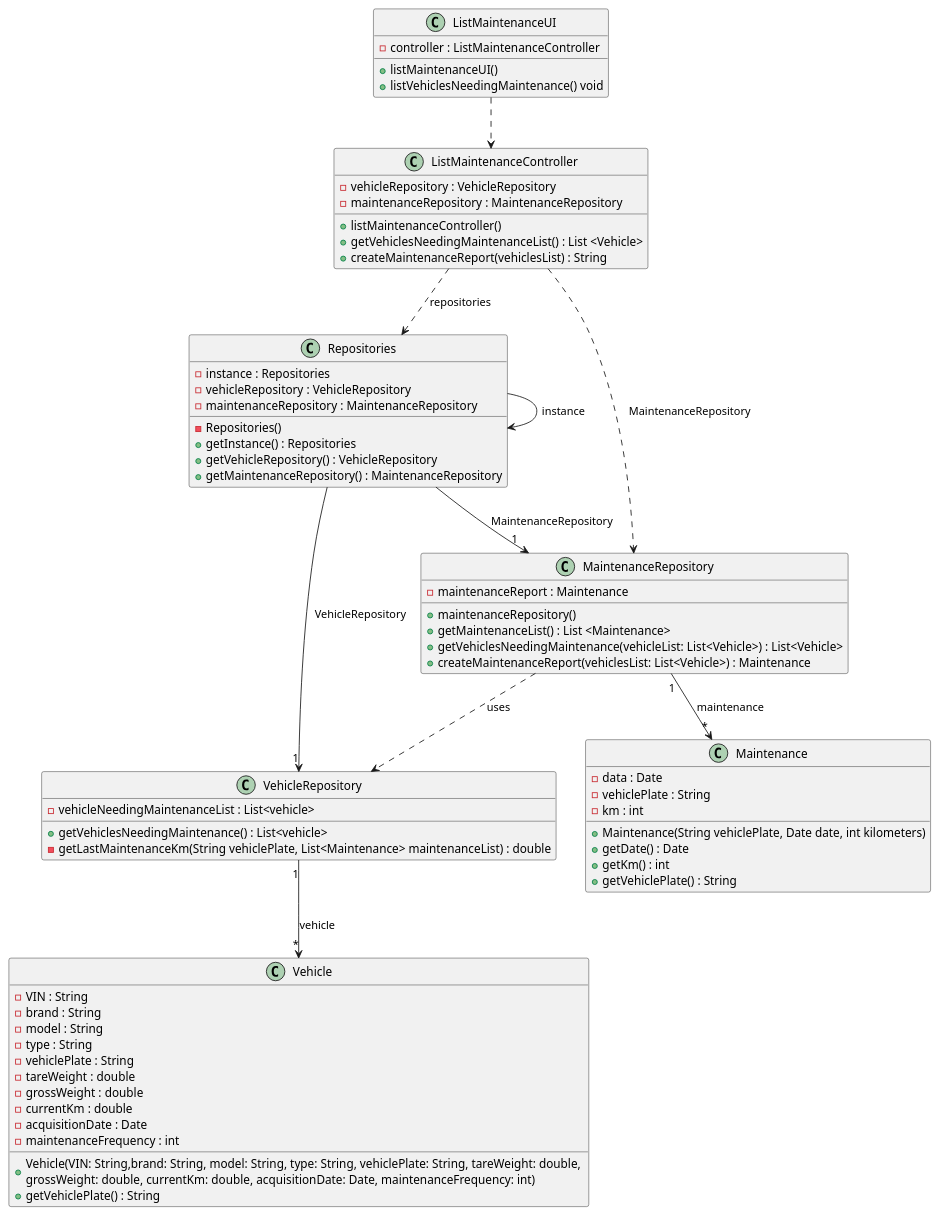
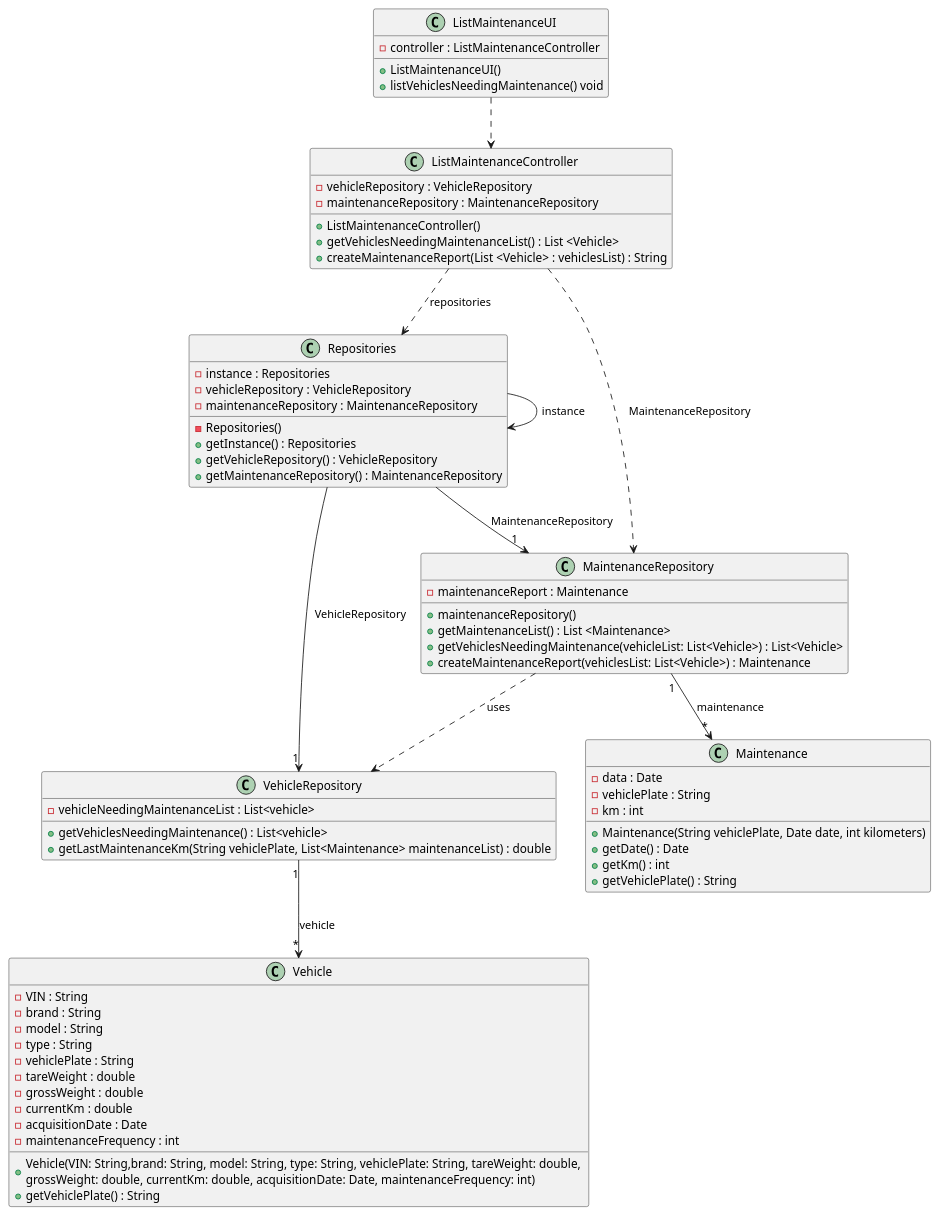
Before and after one commit to ricardomm7/leaflink: the diagram in docs/sprintB/us008/03.design/puml/us008-class-diagram.puml, drawn with PlantUML. The commit also changed 8 other files, not shown here.

Commit message:
Refactor RegisterVehicleUI to improve initialization and encapsulation; Update class diagrams and main application flow; Implement Runnable in CreateTeamUI for consistency with other UI classes; Clean up Main and menu UI classes.

```diff
--- a/docs/sprintB/us008/03.design/puml/us008-class-diagram.puml
+++ b/docs/sprintB/us008/03.design/puml/us008-class-diagram.puml
@@ -1,95 +1,95 @@
 @startuml
 skinparam packageStyle rectangle
 skinparam shadowing false
 skinparam line type polyline
 
 class ListMaintenanceUI{
     - controller : ListMaintenanceController
-    + listMaintenanceUI()
+    + ListMaintenanceUI()
     + listVehiclesNeedingMaintenance() void
 }
 
 class ListMaintenanceController {
     - vehicleRepository : VehicleRepository
     - maintenanceRepository : MaintenanceRepository
 
-    + listMaintenanceController()
+    + ListMaintenanceController()
     + getVehiclesNeedingMaintenanceList() : List <Vehicle>
-    + createMaintenanceReport(vehiclesList) : String
+    + createMaintenanceReport(List <Vehicle> : vehiclesList) : String
 }
 
 class Repositories {
         - instance : Repositories
         - vehicleRepository : VehicleRepository
         - maintenanceRepository : MaintenanceRepository
 
         - Repositories()
         + getInstance() : Repositories
         + getVehicleRepository() : VehicleRepository
         + getMaintenanceRepository() : MaintenanceRepository
 }
 
 class VehicleRepository {
     - vehicleNeedingMaintenanceList : List<vehicle>
 
     + getVehiclesNeedingMaintenance() : List<vehicle>
-    - getLastMaintenanceKm(String vehiclePlate, List<Maintenance> maintenanceList) : double
+    + getLastMaintenanceKm(String vehiclePlate, List<Maintenance> maintenanceList) : double
 }
 
 class MaintenanceRepository {
     - maintenanceReport : Maintenance
 
     + maintenanceRepository()
     + getMaintenanceList() : List <Maintenance>
     + getVehiclesNeedingMaintenance(vehicleList: List<Vehicle>) : List<Vehicle>
     + createMaintenanceReport(vehiclesList: List<Vehicle>) : Maintenance
 }
 
 class Vehicle {
      - VIN : String
      - brand : String
      - model : String
      - type : String
      - vehiclePlate : String
      - tareWeight : double
      - grossWeight : double
      - currentKm : double
      - acquisitionDate : Date
      - maintenanceFrequency : int
 
     + Vehicle(VIN: String,brand: String, model: String, type: String, vehiclePlate: String, tareWeight: double, \ngrossWeight: double, currentKm: double, acquisitionDate: Date, maintenanceFrequency: int)
     + getVehiclePlate() : String
 }
 
 
 
 class Maintenance {
     - data : Date
     - vehiclePlate : String
     - km : int
 
     + Maintenance(String vehiclePlate, Date date, int kilometers)
     + getDate() : Date
     + getKm() : int
     + getVehiclePlate() : String
 }
 
 ListMaintenanceUI ..> ListMaintenanceController
 
 ListMaintenanceController ..> Repositories: repositories
 
 Repositories --> Repositories: instance
 
 ListMaintenanceController ..> MaintenanceRepository: MaintenanceRepository
 
 Repositories --> "1"VehicleRepository: VehicleRepository
 
 Repositories --> "1"MaintenanceRepository: MaintenanceRepository
 
 VehicleRepository "1"--> "*"Vehicle: vehicle
 
 MaintenanceRepository  ..>  VehicleRepository: uses
 
 MaintenanceRepository "1"-->"*" Maintenance: maintenance
 
 @enduml
```
